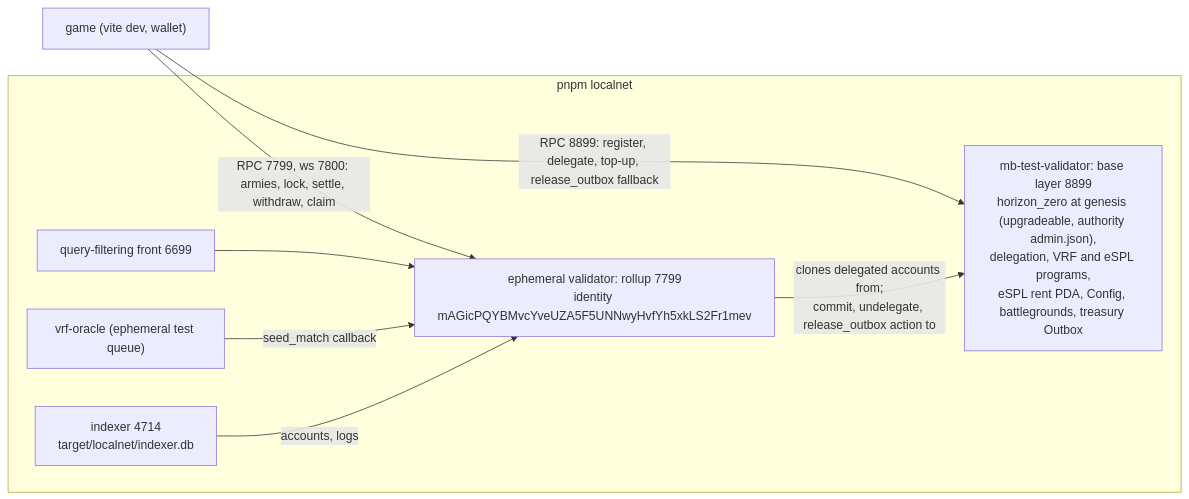
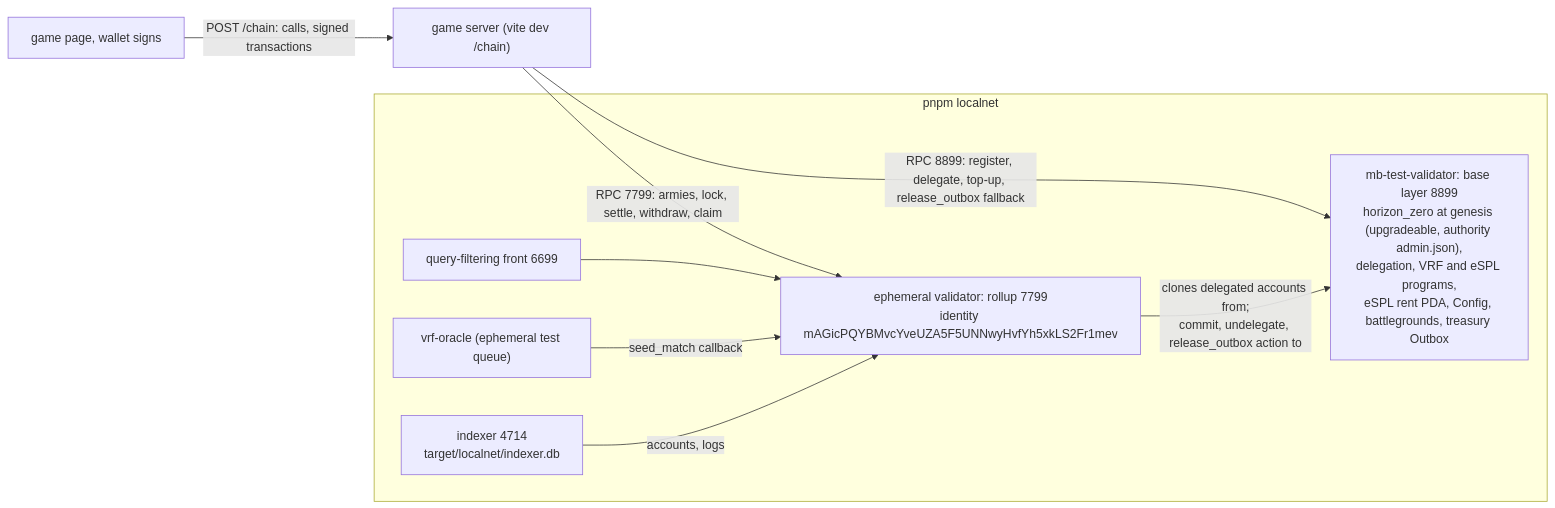
One commit to Dodecahedr0x/horizon-zero changed the diagram in docs/src/deployment.md. Above: the diagram before and after it, drawn with Mermaid. The commit also changed other lines of this file and 52 other files, not shown here.

First line of the commit message:
feat: game server builds Solana transactions; review fixes across the stack

````diff
--- a/docs/src/deployment.md
+++ b/docs/src/deployment.md
@@ -26,16 +26,17 @@
 ```mermaid
 flowchart LR
-  App["game (vite dev, wallet)"] -->|"RPC 8899: register, delegate, top-up, release_outbox fallback"| Base
-  App -->|"RPC 7799, ws 7800: armies, lock, settle, withdraw, claim"| ER
+  Page["game page, wallet signs"] -->|"POST /chain: calls, signed transactions"| App
+  App["game server (vite dev /chain)"] -->|"RPC 8899: register, delegate, top-up, release_outbox fallback"| Base
+  App -->|"RPC 7799: armies, lock, settle, withdraw, claim"| ER
   subgraph stack ["pnpm localnet"]
     Base["mb-test-validator: base layer 8899<br/>horizon_zero at genesis (upgradeable, authority admin.json),<br/>delegation, VRF and eSPL programs,<br/>eSPL rent PDA, Config, battlegrounds, treasury Outbox"]
     ER["ephemeral validator: rollup 7799<br/>identity mAGicPQYBMvcYveUZA5F5UNNwyHvfYh5xkLS2Fr1mev"]
     QFS["query-filtering front 6699"]
     Oracle["vrf-oracle (ephemeral test queue)"]
     Indexer["indexer 4714<br/>target/localnet/indexer.db"]
     QFS --> ER
     ER -->|"clones delegated accounts from;<br/>commit, undelegate, release_outbox action to"| Base
     Oracle -->|"seed_match callback"| ER
     Indexer -->|"accounts, logs"| ER
   end
 ```
````
